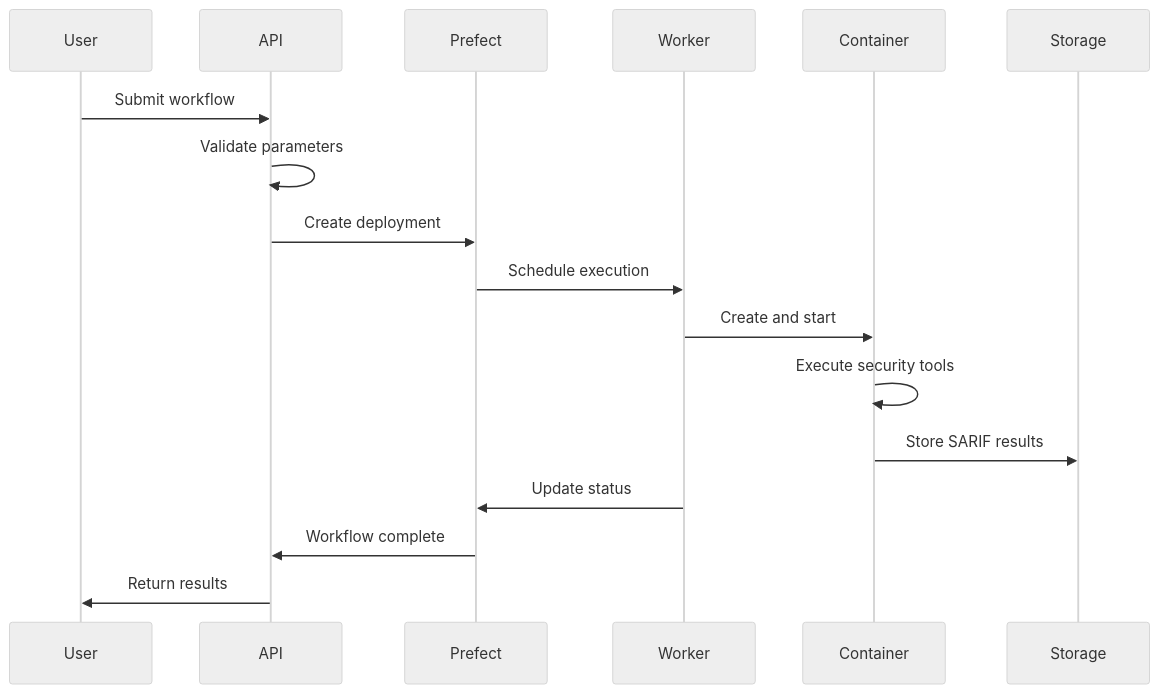
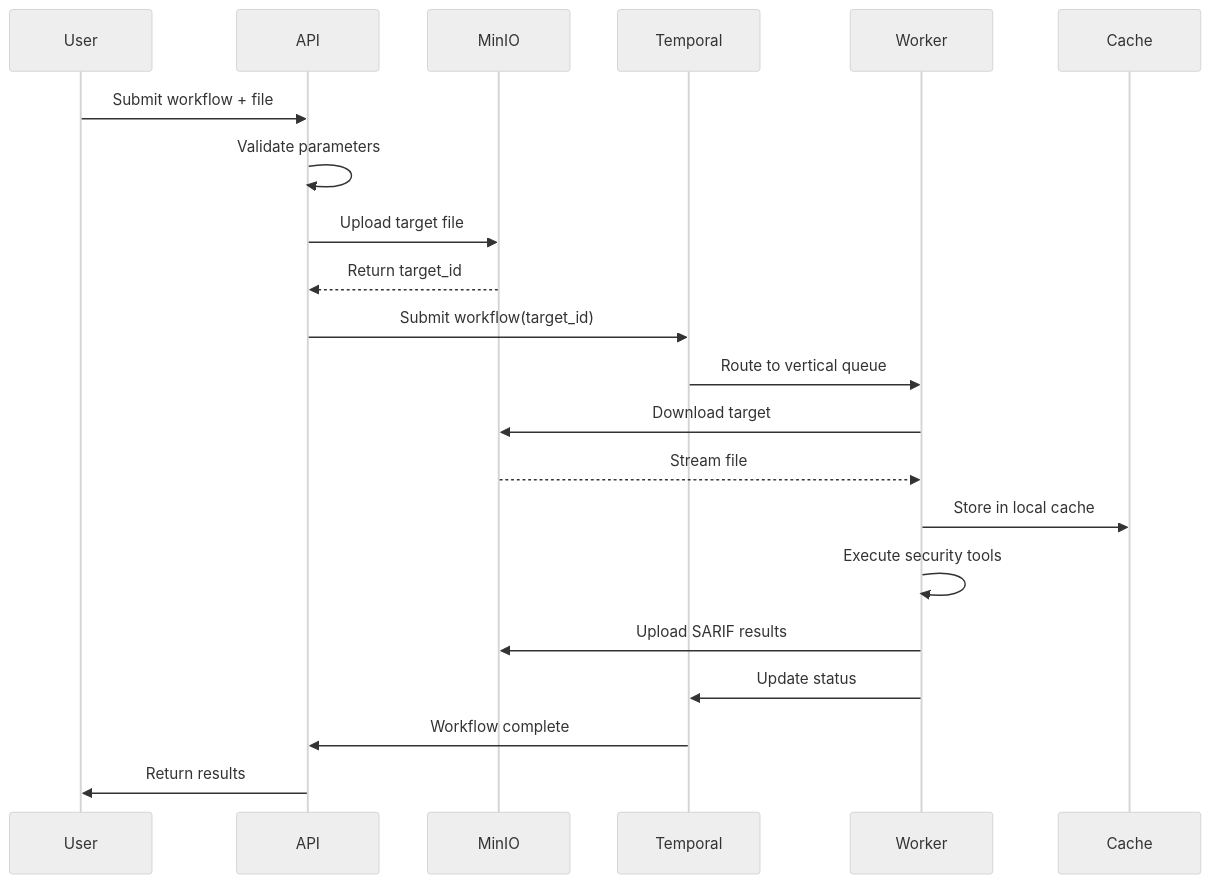
The second of 2 diagrams in docs/docs/concept/architecture.md (FuzzingLabs/fuzzforge_ai), drawn with Mermaid (neutral theme) before and after one commit. The commit also changed other lines of this file and 20 other files, not shown here.

First line of the commit message:
chore: Complete Temporal migration with updated CLI/SDK/docs

````diff
--- a/docs/docs/concept/architecture.md
+++ b/docs/docs/concept/architecture.md
@@ -123,20 +125,24 @@
 ```mermaid
 sequenceDiagram
     participant User
     participant API
-    participant Prefect
+    participant MinIO
+    participant Temporal
     participant Worker
-    participant Container
-    participant Storage
+    participant Cache
 
-    User->>API: Submit workflow
+    User->>API: Submit workflow + file
     API->>API: Validate parameters
-    API->>Prefect: Create deployment
-    Prefect->>Worker: Schedule execution
-    Worker->>Container: Create and start
-    Container->>Container: Execute security tools
-    Container->>Storage: Store SARIF results
-    Worker->>Prefect: Update status
-    Prefect->>API: Workflow complete
+    API->>MinIO: Upload target file
+    MinIO-->>API: Return target_id
+    API->>Temporal: Submit workflow(target_id)
+    Temporal->>Worker: Route to vertical queue
+    Worker->>MinIO: Download target
+    MinIO-->>Worker: Stream file
+    Worker->>Cache: Store in local cache
+    Worker->>Worker: Execute security tools
+    Worker->>MinIO: Upload SARIF results
+    Worker->>Temporal: Update status
+    Temporal->>API: Workflow complete
     API->>User: Return results
 ```
````
